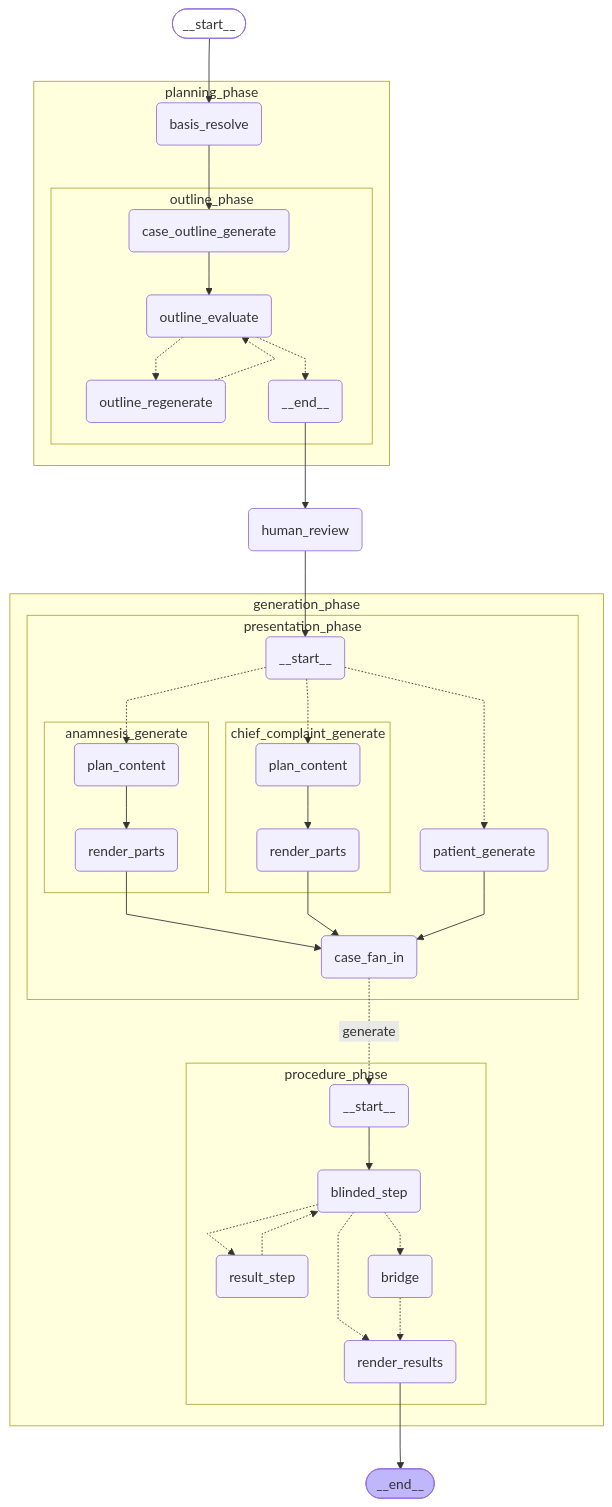
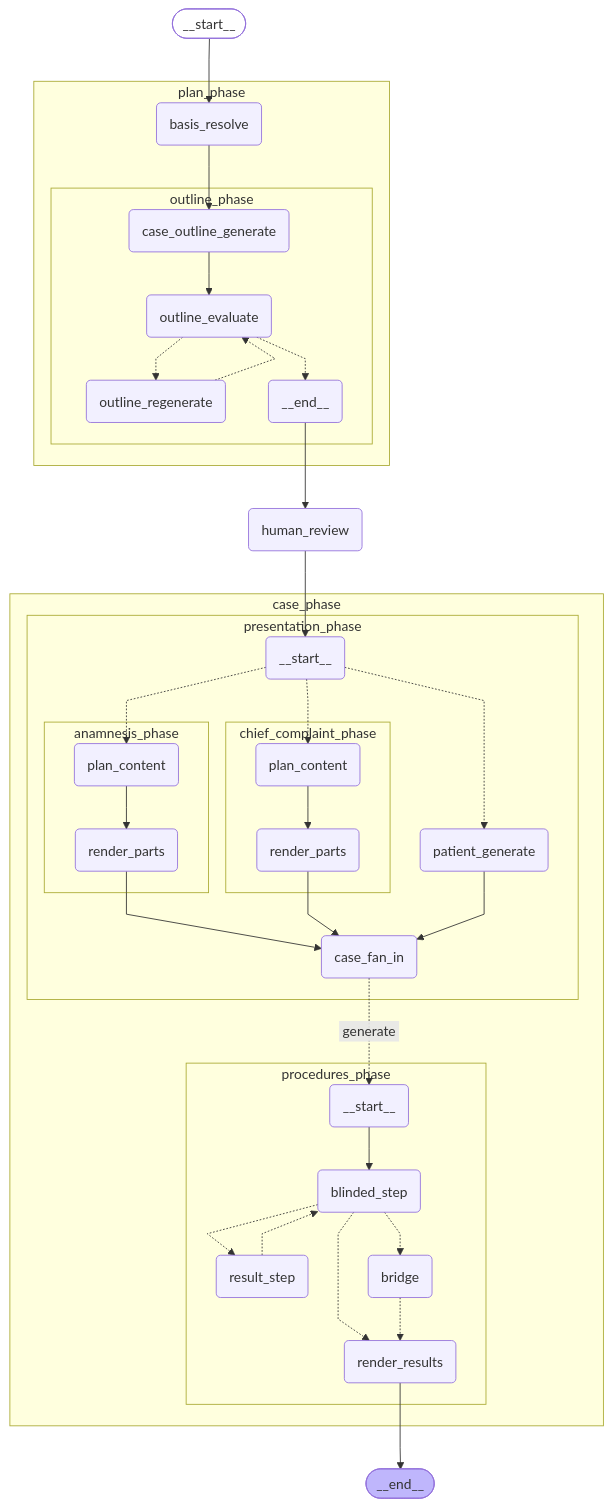
The diagram in docs/graphs/plan-mode.none.mmd (janthoXO/AetioMed), drawn with Mermaid before and after one commit. The commit also changed 34 other files, not shown here.

```diff
--- a/docs/graphs/plan-mode.none.mmd
+++ b/docs/graphs/plan-mode.none.mmd
@@ -1,63 +1,63 @@
 %%{init: {'flowchart': {'curve': 'linear'}}}%%
 graph TD;
 	__start__([<p>__start__</p>]):::first
-	planning_phase_basis_resolve(basis_resolve)
-	planning_phase_outline_phase_case_outline_generate(case_outline_generate)
-	planning_phase_outline_phase_outline_evaluate(outline_evaluate)
-	planning_phase_outline_phase_outline_regenerate(outline_regenerate)
-	planning_phase_outline_phase___end__(<p>__end__</p>)
+	plan_phase_basis_resolve(basis_resolve)
+	plan_phase_outline_phase_case_outline_generate(case_outline_generate)
+	plan_phase_outline_phase_outline_evaluate(outline_evaluate)
+	plan_phase_outline_phase_outline_regenerate(outline_regenerate)
+	plan_phase_outline_phase___end__(<p>__end__</p>)
 	human_review(human_review)
-	generation_phase_presentation_phase___start__(<p>__start__</p>)
-	generation_phase_presentation_phase_patient_generate(patient_generate)
-	generation_phase_presentation_phase_chief_complaint_generate_plan_content(plan_content)
-	generation_phase_presentation_phase_chief_complaint_generate_render_parts(render_parts)
-	generation_phase_presentation_phase_anamnesis_generate_plan_content(plan_content)
-	generation_phase_presentation_phase_anamnesis_generate_render_parts(render_parts)
-	generation_phase_presentation_phase_case_fan_in(case_fan_in)
-	generation_phase_procedure_phase___start__(<p>__start__</p>)
-	generation_phase_procedure_phase_blinded_step(blinded_step)
-	generation_phase_procedure_phase_result_step(result_step)
-	generation_phase_procedure_phase_bridge(bridge)
-	generation_phase_procedure_phase_render_results(render_results)
+	case_phase_presentation_phase___start__(<p>__start__</p>)
+	case_phase_presentation_phase_patient_generate(patient_generate)
+	case_phase_presentation_phase_chief_complaint_phase_plan_content(plan_content)
+	case_phase_presentation_phase_chief_complaint_phase_render_parts(render_parts)
+	case_phase_presentation_phase_anamnesis_phase_plan_content(plan_content)
+	case_phase_presentation_phase_anamnesis_phase_render_parts(render_parts)
+	case_phase_presentation_phase_case_fan_in(case_fan_in)
+	case_phase_procedures_phase___start__(<p>__start__</p>)
+	case_phase_procedures_phase_blinded_step(blinded_step)
+	case_phase_procedures_phase_result_step(result_step)
+	case_phase_procedures_phase_bridge(bridge)
+	case_phase_procedures_phase_render_results(render_results)
 	__end__([<p>__end__</p>]):::last
-	__start__ --> planning_phase_basis_resolve;
-	generation_phase_procedure_phase_render_results --> __end__;
-	human_review --> generation_phase_presentation_phase___start__;
-	planning_phase_outline_phase___end__ --> human_review;
-	subgraph planning_phase
+	__start__ --> plan_phase_basis_resolve;
+	case_phase_procedures_phase_render_results --> __end__;
+	human_review --> case_phase_presentation_phase___start__;
+	plan_phase_outline_phase___end__ --> human_review;
+	subgraph plan_phase
 	subgraph outline_phase
-	planning_phase_outline_phase_case_outline_generate --> planning_phase_outline_phase_outline_evaluate;
-	planning_phase_outline_phase_outline_evaluate -.-> planning_phase_outline_phase_outline_regenerate;
-	planning_phase_outline_phase_outline_evaluate -.-> planning_phase_outline_phase___end__;
-	planning_phase_outline_phase_outline_regenerate -.-> planning_phase_outline_phase_outline_evaluate;
+	plan_phase_outline_phase_case_outline_generate --> plan_phase_outline_phase_outline_evaluate;
+	plan_phase_outline_phase_outline_evaluate -.-> plan_phase_outline_phase_outline_regenerate;
+	plan_phase_outline_phase_outline_evaluate -.-> plan_phase_outline_phase___end__;
+	plan_phase_outline_phase_outline_regenerate -.-> plan_phase_outline_phase_outline_evaluate;
 	end
-	planning_phase_basis_resolve --> planning_phase_outline_phase_case_outline_generate;
+	plan_phase_basis_resolve --> plan_phase_outline_phase_case_outline_generate;
 	end
-	subgraph generation_phase
+	subgraph case_phase
 	subgraph presentation_phase
-	subgraph chief_complaint_generate
-	generation_phase_presentation_phase_chief_complaint_generate_plan_content --> generation_phase_presentation_phase_chief_complaint_generate_render_parts;
+	subgraph chief_complaint_phase
+	case_phase_presentation_phase_chief_complaint_phase_plan_content --> case_phase_presentation_phase_chief_complaint_phase_render_parts;
 	end
-	subgraph anamnesis_generate
-	generation_phase_presentation_phase_anamnesis_generate_plan_content --> generation_phase_presentation_phase_anamnesis_generate_render_parts;
+	subgraph anamnesis_phase
+	case_phase_presentation_phase_anamnesis_phase_plan_content --> case_phase_presentation_phase_anamnesis_phase_render_parts;
 	end
-	generation_phase_presentation_phase_anamnesis_generate_render_parts --> generation_phase_presentation_phase_case_fan_in;
-	generation_phase_presentation_phase_chief_complaint_generate_render_parts --> generation_phase_presentation_phase_case_fan_in;
-	generation_phase_presentation_phase_patient_generate --> generation_phase_presentation_phase_case_fan_in;
-	generation_phase_presentation_phase___start__ -.-> generation_phase_presentation_phase_patient_generate;
-	generation_phase_presentation_phase___start__ -.-> generation_phase_presentation_phase_chief_complaint_generate_plan_content;
-	generation_phase_presentation_phase___start__ -.-> generation_phase_presentation_phase_anamnesis_generate_plan_content;
+	case_phase_presentation_phase_anamnesis_phase_render_parts --> case_phase_presentation_phase_case_fan_in;
+	case_phase_presentation_phase_chief_complaint_phase_render_parts --> case_phase_presentation_phase_case_fan_in;
+	case_phase_presentation_phase_patient_generate --> case_phase_presentation_phase_case_fan_in;
+	case_phase_presentation_phase___start__ -.-> case_phase_presentation_phase_patient_generate;
+	case_phase_presentation_phase___start__ -.-> case_phase_presentation_phase_chief_complaint_phase_plan_content;
+	case_phase_presentation_phase___start__ -.-> case_phase_presentation_phase_anamnesis_phase_plan_content;
 	end
-	subgraph procedure_phase
-	generation_phase_procedure_phase___start__ --> generation_phase_procedure_phase_blinded_step;
-	generation_phase_procedure_phase_blinded_step -.-> generation_phase_procedure_phase_result_step;
-	generation_phase_procedure_phase_blinded_step -.-> generation_phase_procedure_phase_bridge;
-	generation_phase_procedure_phase_blinded_step -.-> generation_phase_procedure_phase_render_results;
-	generation_phase_procedure_phase_result_step -.-> generation_phase_procedure_phase_blinded_step;
-	generation_phase_procedure_phase_bridge -.-> generation_phase_procedure_phase_render_results;
+	subgraph procedures_phase
+	case_phase_procedures_phase___start__ --> case_phase_procedures_phase_blinded_step;
+	case_phase_procedures_phase_blinded_step -.-> case_phase_procedures_phase_result_step;
+	case_phase_procedures_phase_blinded_step -.-> case_phase_procedures_phase_bridge;
+	case_phase_procedures_phase_blinded_step -.-> case_phase_procedures_phase_render_results;
+	case_phase_procedures_phase_result_step -.-> case_phase_procedures_phase_blinded_step;
+	case_phase_procedures_phase_bridge -.-> case_phase_procedures_phase_render_results;
 	end
-	generation_phase_presentation_phase_case_fan_in -. &nbsp;generate&nbsp; .-> generation_phase_procedure_phase___start__;
+	case_phase_presentation_phase_case_fan_in -. &nbsp;generate&nbsp; .-> case_phase_procedures_phase___start__;
 	end
 	classDef default fill:#f2f0ff,line-height:1.2;
 	classDef first fill-opacity:0;
 	classDef last fill:#bfb6fc;
```
